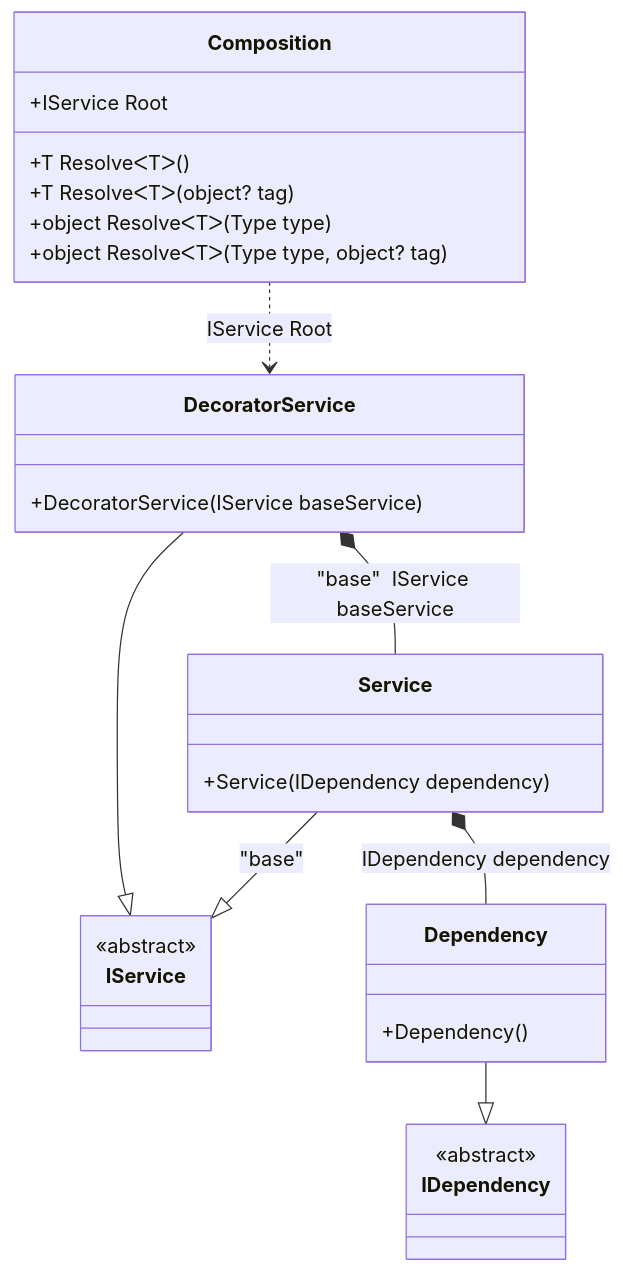
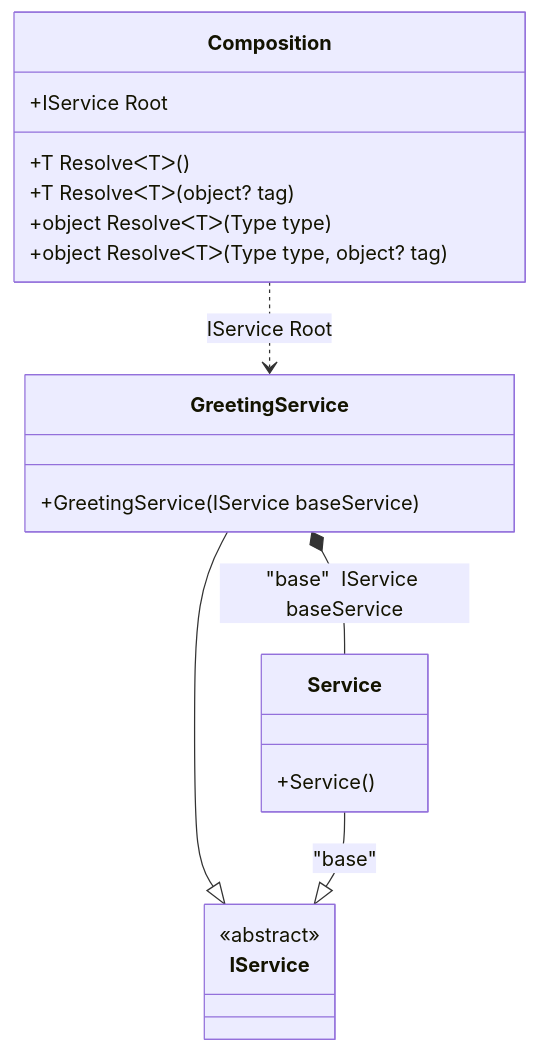
One commit to DevTeam/Pure.DI changed diagram 28 of 36 in readme/Examples.md. Above: the diagram before and after it, drawn with Mermaid. The commit also changed other lines of this file and 1 other file, not shown here.

````diff
--- a/readme/Examples.md
+++ b/readme/Examples.md
@@ -2244,31 +2232,23 @@
 ```mermaid
 classDiagram
   class Composition {
     +IService Root
     +T ResolveᐸTᐳ()
     +T ResolveᐸTᐳ(object? tag)
     +object ResolveᐸTᐳ(Type type)
     +object ResolveᐸTᐳ(Type type, object? tag)
   }
+  GreetingService --|> IService : 
+  class GreetingService {
+    +GreetingService(IService baseService)
+  }
   Service --|> IService : "base" 
   class Service {
-    +Service(IDependency dependency)
-  }
-  DecoratorService --|> IService : 
-  class DecoratorService {
-    +DecoratorService(IService baseService)
-  }
-  Dependency --|> IDependency : 
-  class Dependency {
-    +Dependency()
+    +Service()
   }
   class IService {
     <<abstract>>
   }
-  class IDependency {
-    <<abstract>>
-  }
-  Service *--  Dependency : IDependency dependency
-  DecoratorService *--  Service : "base"  IService baseService
-  Composition ..> DecoratorService : IService Root
+  GreetingService *--  Service : "base"  IService baseService
+  Composition ..> GreetingService : IService Root
 ```
````
